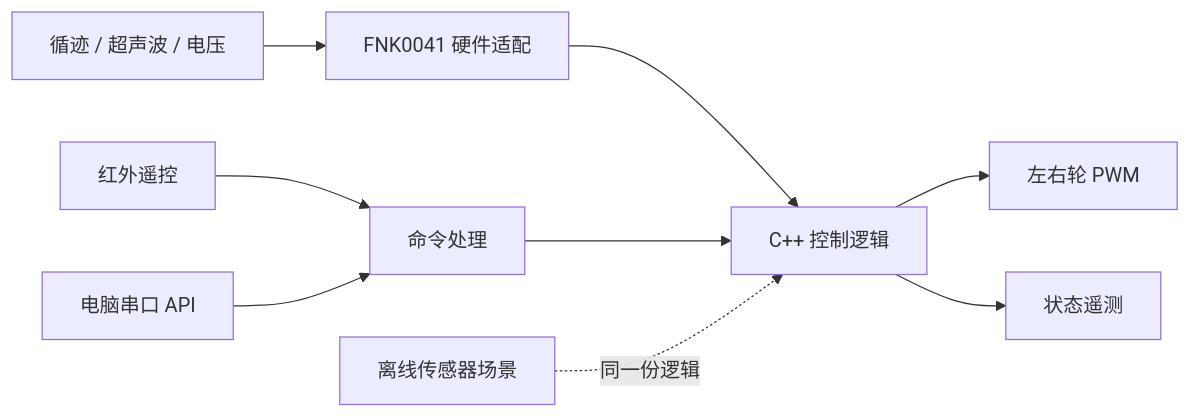
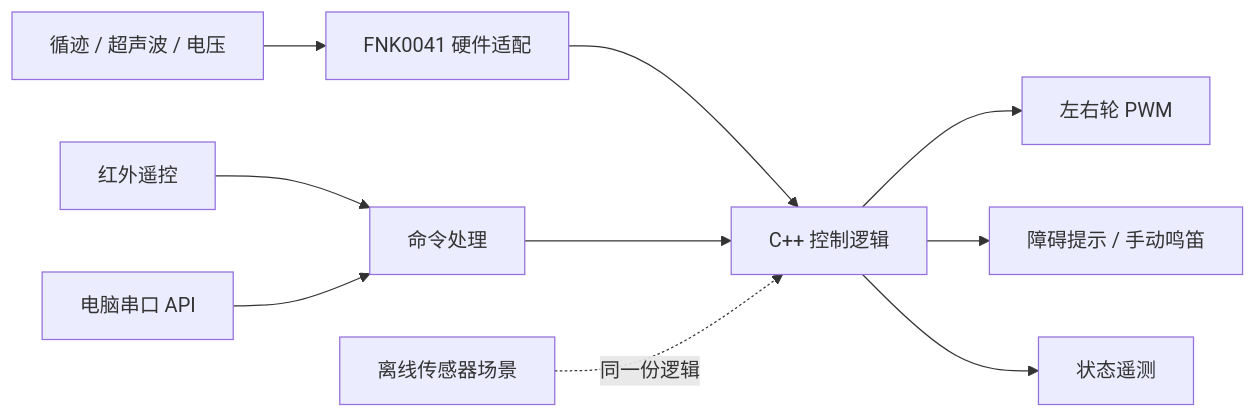
One commit to Shengqinchu/SEP780-Robot-Car changed the diagram in docs/controller.md. Above: the diagram before and after it, drawn with Mermaid. The commit also changed other lines of this file and 84 other files, not shown here.

````diff
--- a/docs/controller.md
+++ b/docs/controller.md
@@ -7,11 +7,12 @@
 ```mermaid
 flowchart LR
     Sensors[循迹 / 超声波 / 电压] --> IO[FNK0041 硬件适配]
     IO --> Core[C++ 控制逻辑]
     IR[红外遥控] --> Commands[命令处理]
     USB[电脑串口 API] --> Commands
     Commands --> Core
     Core --> Motors[左右轮 PWM]
+    Core --> Buzzer[障碍提示 / 手动鸣笛]
     Core --> Log[状态遥测]
     CSV[离线传感器场景] -. 同一份逻辑 .-> Core
 ```
````
